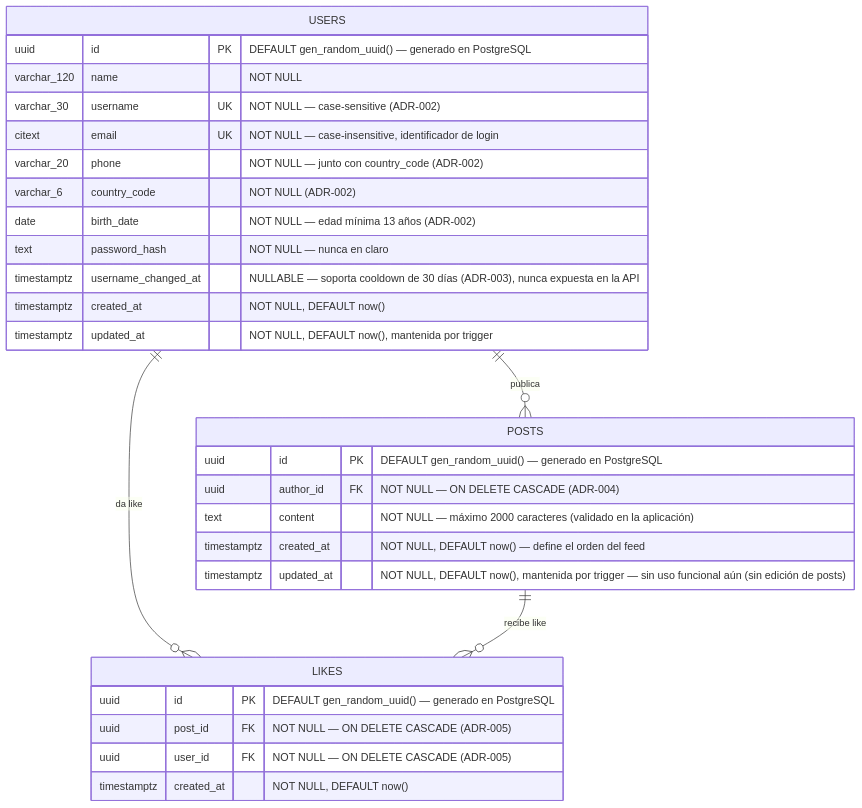
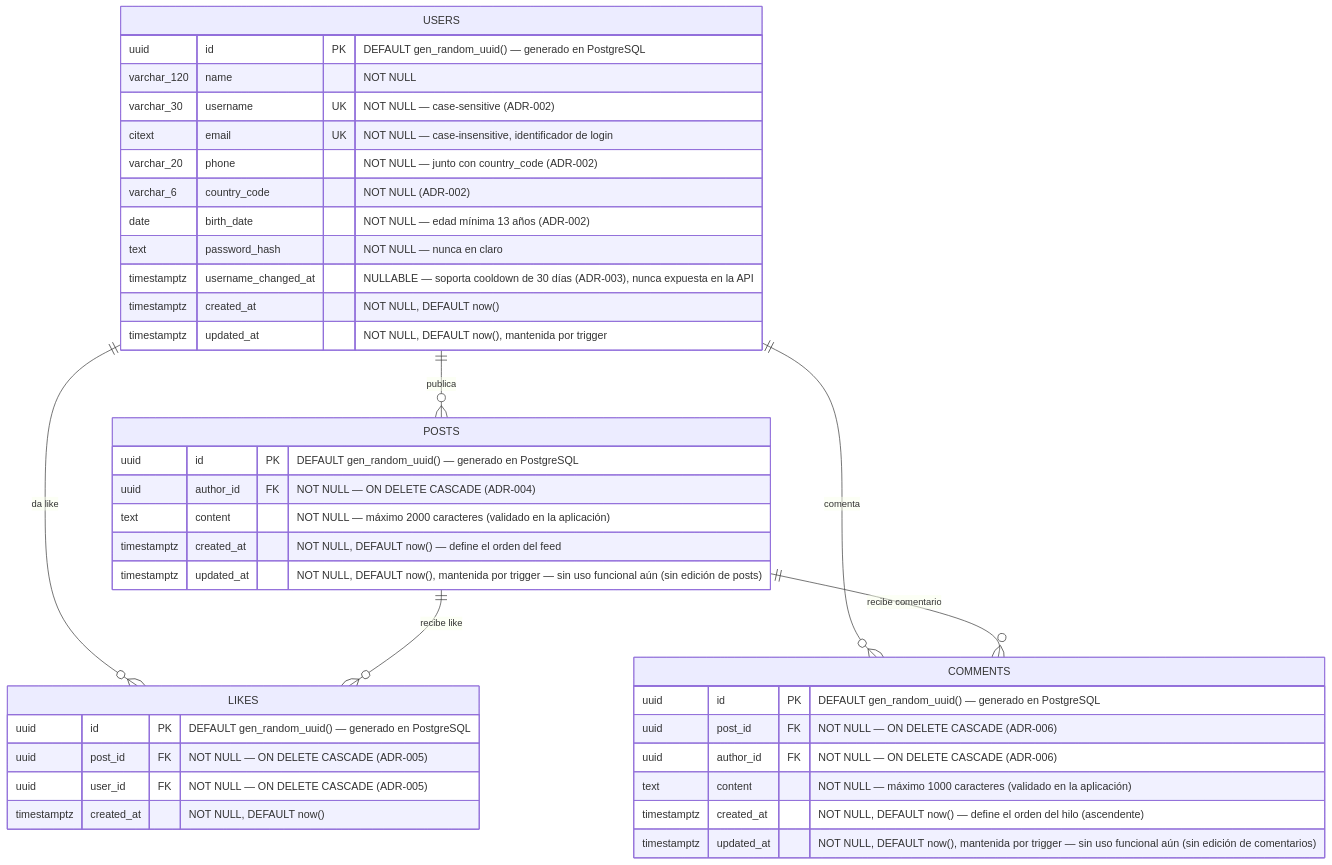
One commit to Fernandito41/THERS_REDSOCIAL changed the diagram in docs/architecture/DATABASE_ERD.md. Above: the diagram before and after it, drawn with Mermaid. The commit also changed other lines of this file and 3 other files, not shown here.

First line of the commit message:
docs(architecture): document comments contract and schema (ADR-006)

````diff
--- a/docs/architecture/DATABASE_ERD.md
+++ b/docs/architecture/DATABASE_ERD.md
@@ -44,35 +46,46 @@
 ```mermaid
 erDiagram
     USERS {
         uuid id PK "DEFAULT gen_random_uuid() — generado en PostgreSQL"
         varchar_120 name "NOT NULL"
         varchar_30 username UK "NOT NULL — case-sensitive (ADR-002)"
         citext email UK "NOT NULL — case-insensitive, identificador de login"
         varchar_20 phone "NOT NULL — junto con country_code (ADR-002)"
         varchar_6 country_code "NOT NULL (ADR-002)"
         date birth_date "NOT NULL — edad mínima 13 años (ADR-002)"
         text password_hash "NOT NULL — nunca en claro"
         timestamptz username_changed_at "NULLABLE — soporta cooldown de 30 días (ADR-003), nunca expuesta en la API"
         timestamptz created_at "NOT NULL, DEFAULT now()"
         timestamptz updated_at "NOT NULL, DEFAULT now(), mantenida por trigger"
     }
 
     POSTS {
         uuid id PK "DEFAULT gen_random_uuid() — generado en PostgreSQL"
         uuid author_id FK "NOT NULL — ON DELETE CASCADE (ADR-004)"
         text content "NOT NULL — máximo 2000 caracteres (validado en la aplicación)"
         timestamptz created_at "NOT NULL, DEFAULT now() — define el orden del feed"
         timestamptz updated_at "NOT NULL, DEFAULT now(), mantenida por trigger — sin uso funcional aún (sin edición de posts)"
     }
 
     LIKES {
         uuid id PK "DEFAULT gen_random_uuid() — generado en PostgreSQL"
         uuid post_id FK "NOT NULL — ON DELETE CASCADE (ADR-005)"
         uuid user_id FK "NOT NULL — ON DELETE CASCADE (ADR-005)"
         timestamptz created_at "NOT NULL, DEFAULT now()"
     }
 
+    COMMENTS {
+        uuid id PK "DEFAULT gen_random_uuid() — generado en PostgreSQL"
+        uuid post_id FK "NOT NULL — ON DELETE CASCADE (ADR-006)"
+        uuid author_id FK "NOT NULL — ON DELETE CASCADE (ADR-006)"
+        text content "NOT NULL — máximo 1000 caracteres (validado en la aplicación)"
+        timestamptz created_at "NOT NULL, DEFAULT now() — define el orden del hilo (ascendente)"
+        timestamptz updated_at "NOT NULL, DEFAULT now(), mantenida por trigger — sin uso funcional aún (sin edición de comentarios)"
+    }
+
     USERS ||--o{ POSTS : "publica"
     USERS ||--o{ LIKES : "da like"
     POSTS ||--o{ LIKES : "recibe like"
+    USERS ||--o{ COMMENTS : "comenta"
+    POSTS ||--o{ COMMENTS : "recibe comentario"
 ```
````
